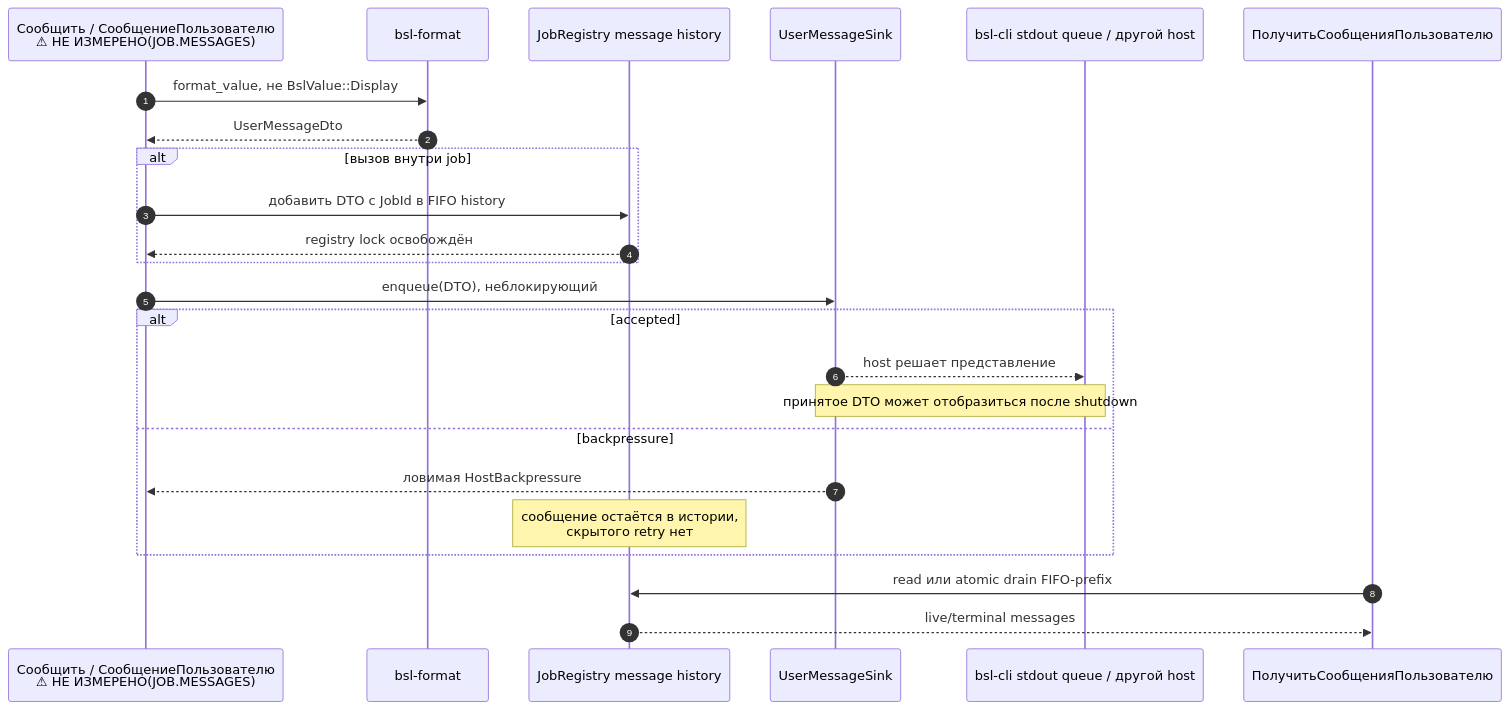
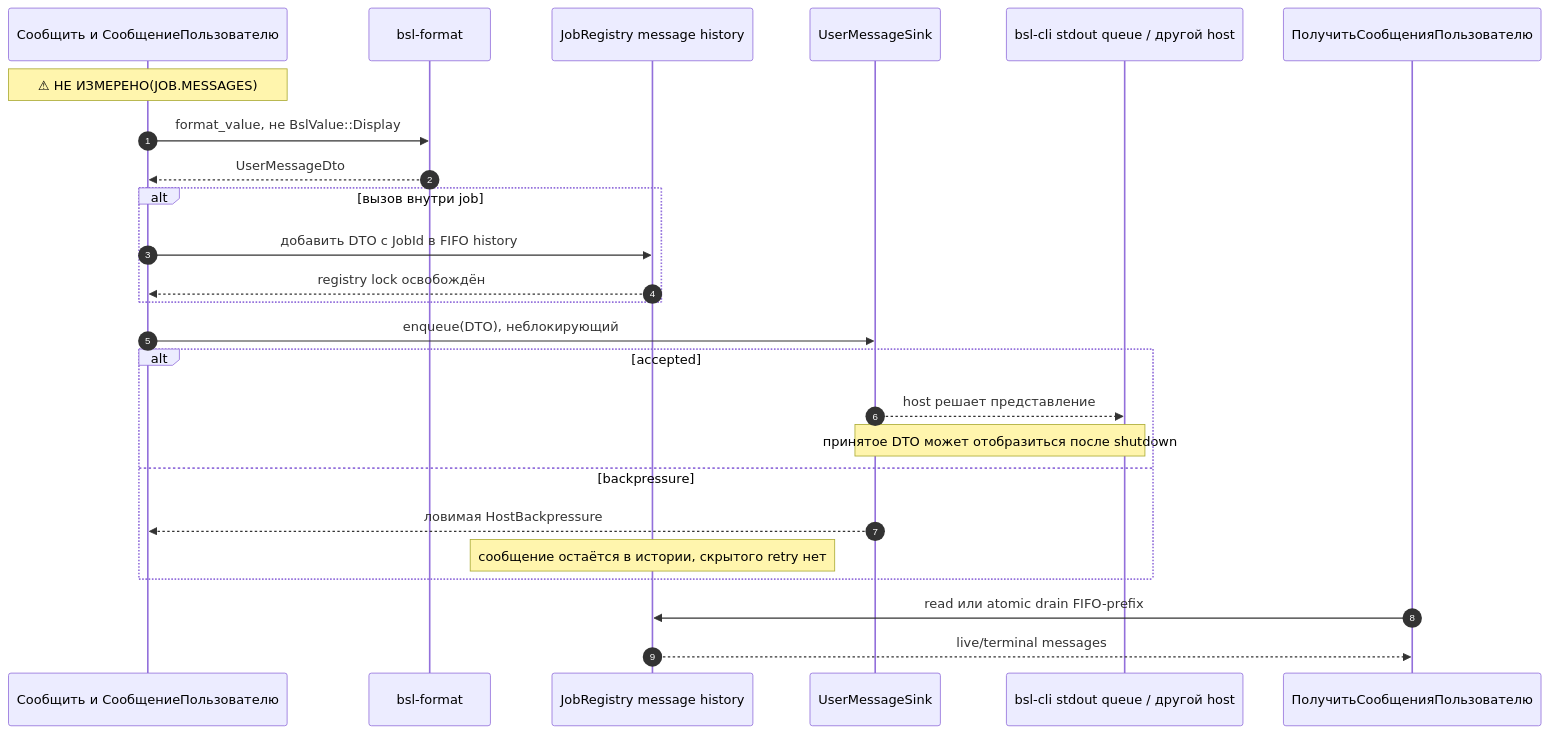
One commit to dobpilot/open-bsl changed diagram 21 of 21 in docs/component-architecture.md. Above: the diagram before and after it, drawn with Mermaid. The commit also changed other lines of this file, not shown here.

Commit message:
Fix Mermaid rendering in the architecture diagrams

````diff
--- a/docs/component-architecture.md
+++ b/docs/component-architecture.md
@@ -904,27 +904,28 @@
 ```mermaid
 sequenceDiagram
     autonumber
-    participant BSL as Сообщить / СообщениеПользователю<br/>⚠ НЕ ИЗМЕРЕНО(JOB.MESSAGES)
+    participant BSL as Сообщить и СообщениеПользователю
     participant Format as bsl-format
     participant Registry as JobRegistry message history
     participant Sink as UserMessageSink
     participant Host as bsl-cli stdout queue / другой host
     participant Reader as ПолучитьСообщенияПользователю
 
+    Note over BSL: ⚠ НЕ ИЗМЕРЕНО(JOB.MESSAGES)
     BSL->>Format: format_value, не BslValue::Display
     Format-->>BSL: UserMessageDto
     alt вызов внутри job
         BSL->>Registry: добавить DTO с JobId в FIFO history
         Registry-->>BSL: registry lock освобождён
     end
     BSL->>Sink: enqueue(DTO), неблокирующий
     alt accepted
         Sink-->>Host: host решает представление
         Note over Sink,Host: принятое DTO может отобразиться после shutdown
     else backpressure
         Sink-->>BSL: ловимая HostBackpressure
-        Note over Registry: сообщение остаётся в истории,<br/>скрытого retry нет
+        Note over Registry: сообщение остаётся в истории, скрытого retry нет
     end
     Reader->>Registry: read или atomic drain FIFO-prefix
     Registry-->>Reader: live/terminal messages
 ```
````
